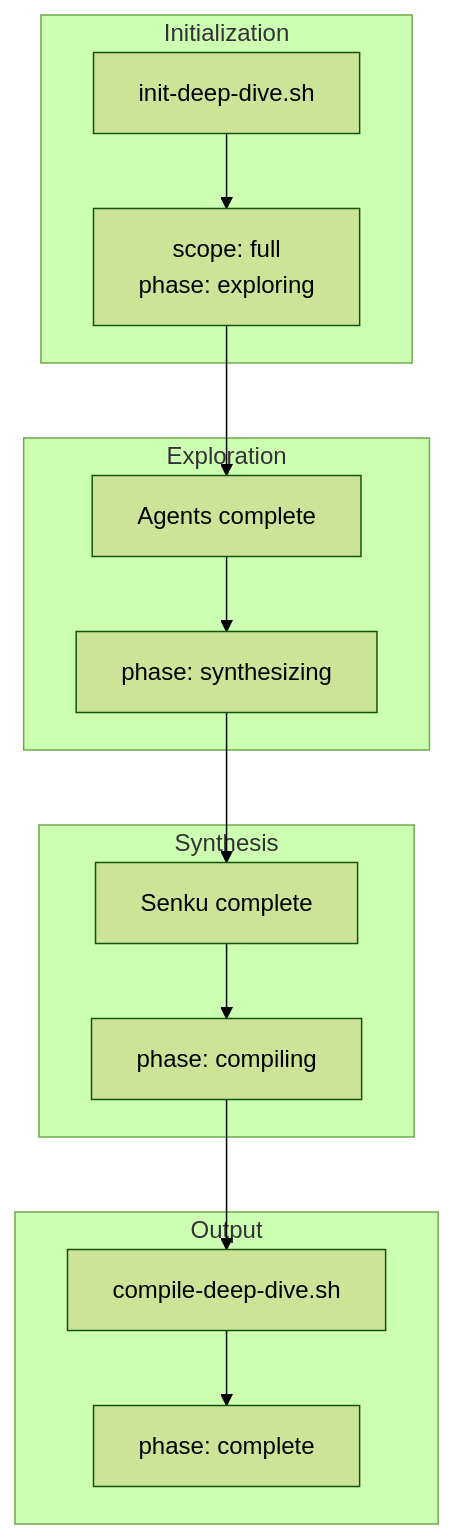
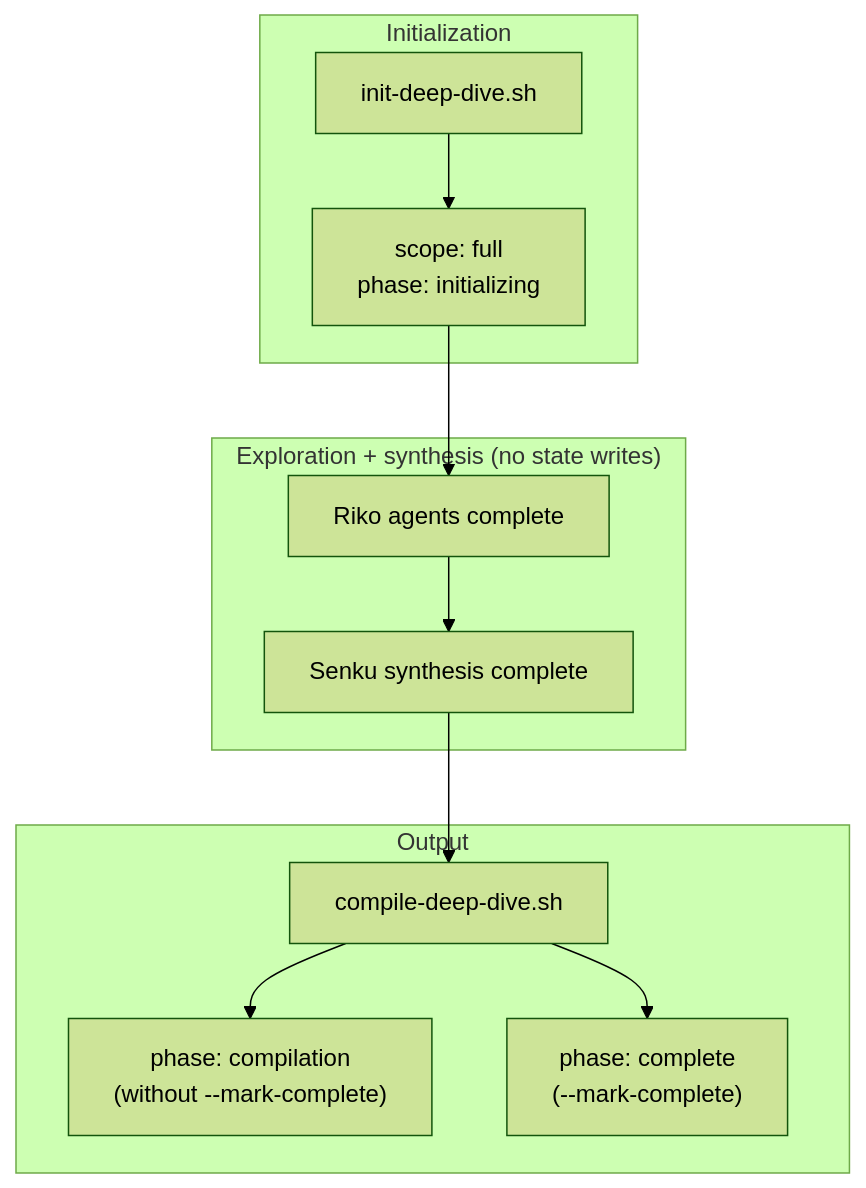
One commit to josix/agent-flow changed the fourth of 9 diagrams in docs/architecture/data-flows.md. Above: the diagram before and after it, drawn with Mermaid (forest theme). The commit also changed other lines of this file and 61 other files, not shown here.

````diff
--- a/docs/architecture/data-flows.md
+++ b/docs/architecture/data-flows.md
@@ -238,27 +238,22 @@
 ```mermaid
 flowchart TB
     subgraph Init["Initialization"]
         I1[init-deep-dive.sh]
-        I2["scope: full<br/>phase: exploring"]
+        I2["scope: full<br/>phase: initializing"]
     end
 
-    subgraph Explore["Exploration"]
-        E1[Agents complete]
-        E2["phase: synthesizing"]
-    end
-
-    subgraph Synth["Synthesis"]
-        S1[Senku complete]
-        S2["phase: compiling"]
+    subgraph Work["Exploration + synthesis (no state writes)"]
+        E1[Riko agents complete]
+        S1[Senku synthesis complete]
     end
 
     subgraph Output["Output"]
         O1[compile-deep-dive.sh]
-        O2["phase: complete"]
+        O2["phase: compilation<br/>(without --mark-complete)"]
+        O3["phase: complete<br/>(--mark-complete)"]
     end
 
-    I1 --> I2
-    I2 --> E1 --> E2
-    E2 --> S1 --> S2
-    S2 --> O1 --> O2
+    I1 --> I2 --> E1 --> S1 --> O1
+    O1 --> O2
+    O1 --> O3
 ```
````
